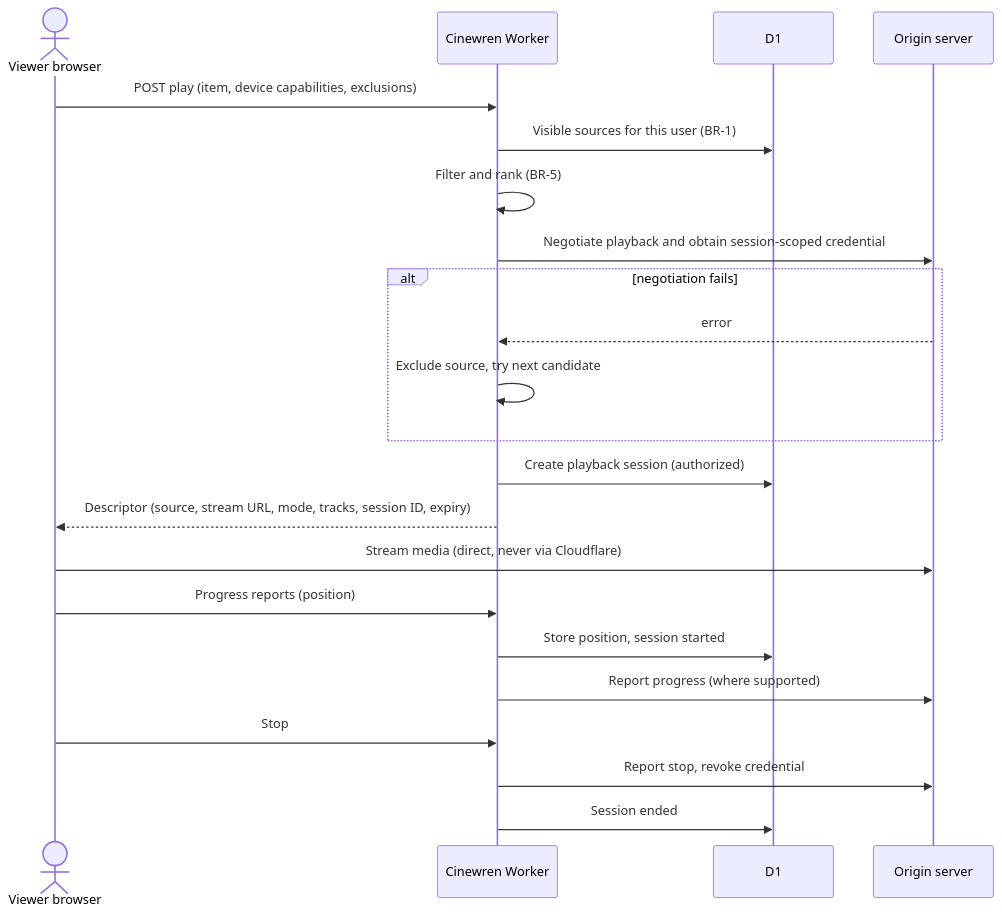
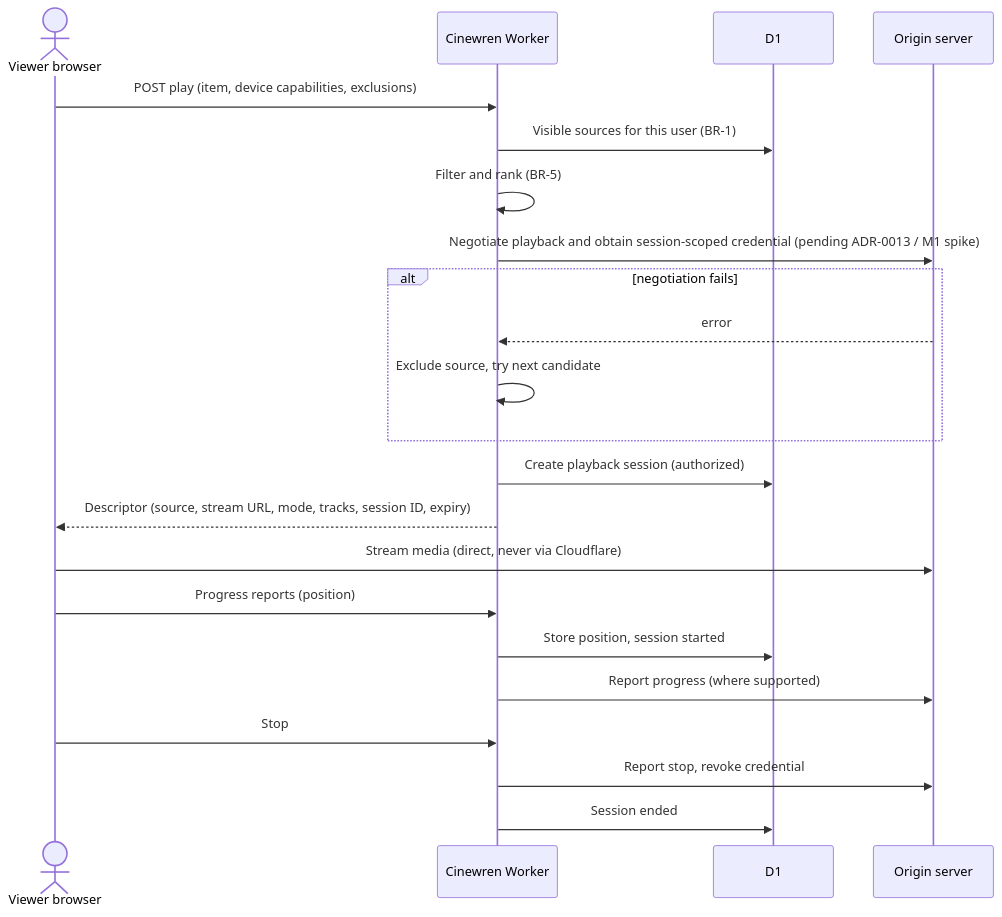
Before and after one commit to zemdregon/media-frontend: the second of 8 diagrams in docs/requirements/FRD.md, drawn with Mermaid. The commit also changed other lines of this file and 12 other files, not shown here.

````diff
--- a/docs/requirements/FRD.md
+++ b/docs/requirements/FRD.md
@@ -173,24 +173,24 @@
 ```mermaid
 sequenceDiagram
     actor V as Viewer browser
     participant W as Cinewren Worker
     participant D as D1
     participant O as Origin server
     V->>W: POST play (item, device capabilities, exclusions)
     W->>D: Visible sources for this user (BR-1)
     W->>W: Filter and rank (BR-5)
-    W->>O: Negotiate playback and obtain session-scoped credential
+    W->>O: Negotiate playback and obtain session-scoped credential (pending ADR-0013 / M1 spike)
     alt negotiation fails
         O-->>W: error
         W->>W: Exclude source, try next candidate
     end
     W->>D: Create playback session (authorized)
     W-->>V: Descriptor (source, stream URL, mode, tracks, session ID, expiry)
     V->>O: Stream media (direct, never via Cloudflare)
     V->>W: Progress reports (position)
     W->>D: Store position, session started
     W->>O: Report progress (where supported)
     V->>W: Stop
     W->>O: Report stop, revoke credential
     W->>D: Session ended
 ```
````
